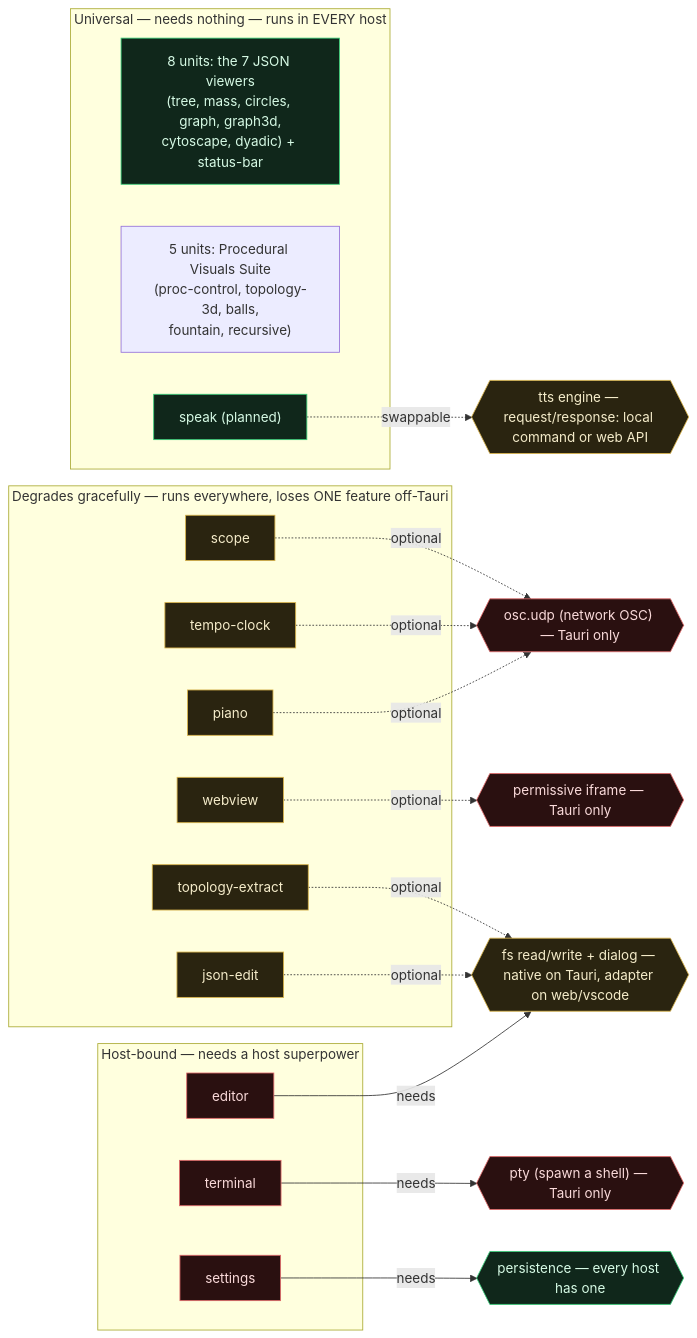
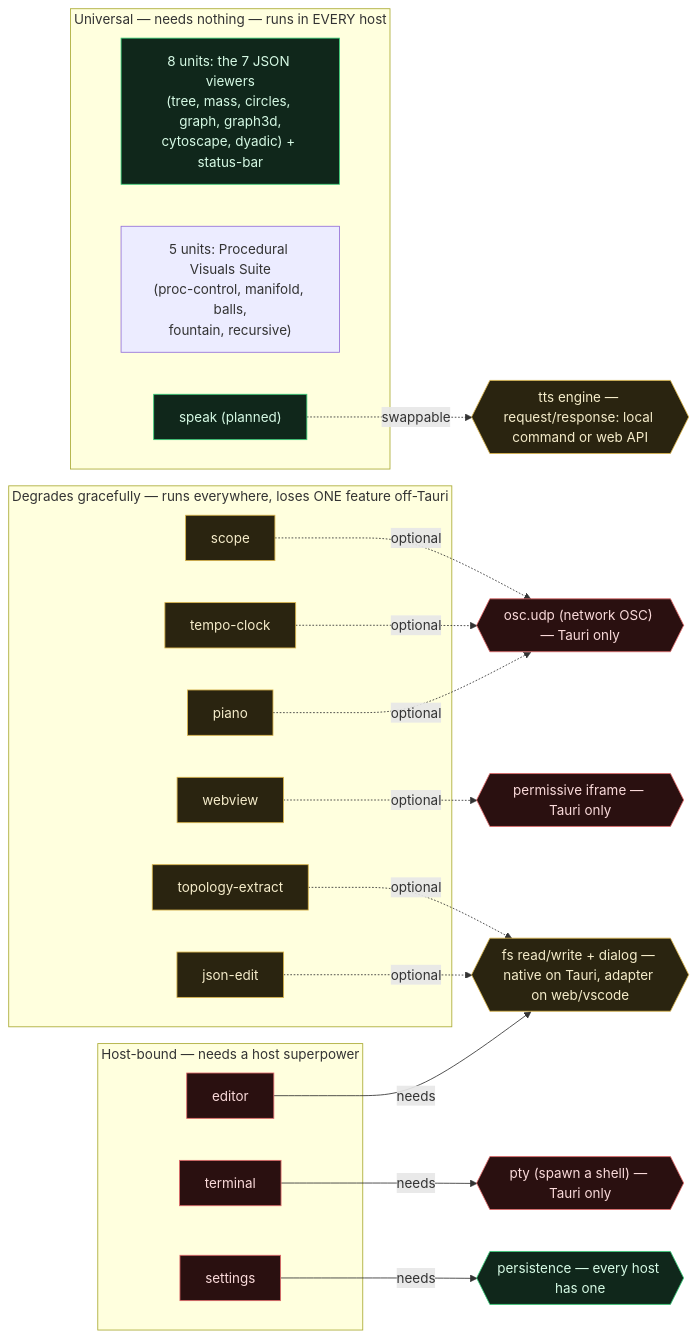
Before and after one commit to halapenyoharry/exoskeleton: the diagram in docs/panel-capability-map.md, drawn with Mermaid. The commit also changed 15 other files, not shown here.

````diff
--- a/docs/panel-capability-map.md
+++ b/docs/panel-capability-map.md
@@ -15,54 +15,54 @@
 ```mermaid
 flowchart LR
   subgraph PORTABLE["Universal — needs nothing — runs in EVERY host"]
     U["8 units: the 7 JSON viewers<br/>(tree, mass, circles, graph, graph3d,<br/>cytoscape, dyadic) + status-bar"]
-    Proc["5 units: Procedural Visuals Suite<br/>(proc-control, topology-3d, balls,<br/>fountain, recursive)"]
+    Proc["5 units: Procedural Visuals Suite<br/>(proc-control, manifold, balls,<br/>fountain, recursive)"]
     Speak["speak (planned)"]
   end
 
   subgraph DEGRADE["Degrades gracefully — runs everywhere, loses ONE feature off-Tauri"]
     Piano["piano"]
     Clock["tempo-clock"]
     Scope["scope"]
     JsonEdit["json-edit"]
     Webview["webview"]
     TopoExtract["topology-extract"]
   end
 
   subgraph HOSTBOUND["Host-bound — needs a host superpower"]
     Terminal["terminal"]
     Editor["editor"]
     Settings["settings"]
   end
 
   PTY{{"pty (spawn a shell) — Tauri only"}}
   OSCUDP{{"osc.udp (network OSC) — Tauri only"}}
   IFRAME{{"permissive iframe — Tauri only"}}
   FS{{"fs read/write + dialog — native on Tauri, adapter on web/vscode"}}
   PERSIST{{"persistence — every host has one"}}
   TTS{{"tts engine — request/response: local command or web API"}}
 
   Terminal -->|needs| PTY
   Editor -->|needs| FS
   Settings -->|needs| PERSIST
   JsonEdit -.optional.-> FS
   Piano -.optional.-> OSCUDP
   Clock -.optional.-> OSCUDP
   Scope -.optional.-> OSCUDP
   Webview -.optional.-> IFRAME
   TopoExtract -.optional.-> FS
   Speak -.swappable.-> TTS
 
   classDef portable fill:#10271b,stroke:#39cf7a,color:#d6fae5;
   classDef degrade fill:#2a2410,stroke:#d8b34a,color:#f5ecca;
   classDef bound fill:#2a1010,stroke:#e06a6a,color:#fadada;
   classDef capTauri fill:#2a1010,stroke:#e06a6a,color:#fadada;
   classDef capAny fill:#10271b,stroke:#39cf7a,color:#d6fae5;
   classDef capAdapt fill:#2a2410,stroke:#d8b34a,color:#f5ecca;
   class U,Speak portable;
   class Piano,Clock,Scope,JsonEdit,Webview,TopoExtract degrade;
   class Terminal,Editor,Settings bound;
   class PTY,OSCUDP,IFRAME capTauri;
   class PERSIST capAny;
   class FS,TTS capAdapt;
 ```
````
